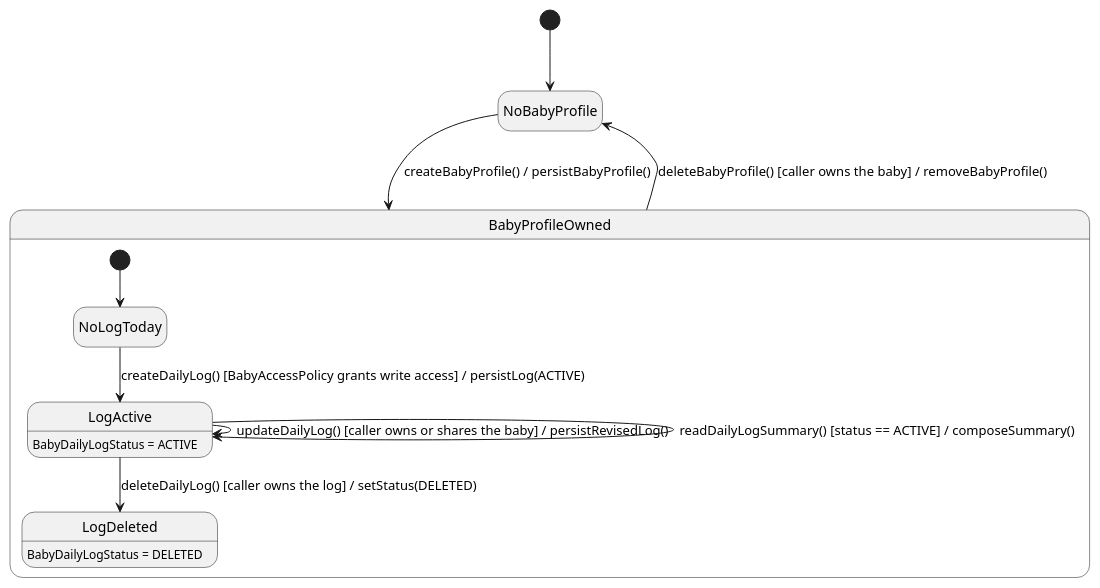
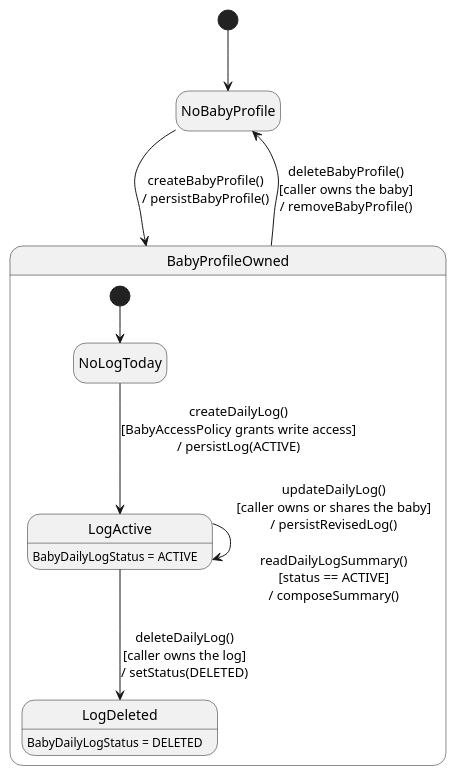
Before and after one commit to ChuongBDHE172784/CareBridge_SEP490_G79: the third of 3 diagrams in 03_Design/Detailed_Design/MF03_Baby_Care_Journey_Growth_Vaccination/01_Baby_Profile_Daily_Care_and_Summary.md, drawn with PlantUML. The commit also changed 61 other files, not shown here.

Commit message:
docs: update detailed design documentation and state chart diagrams across all feature modules

````diff
--- a/03_Design/Detailed_Design/MF03_Baby_Care_Journey_Growth_Vaccination/01_Baby_Profile_Daily_Care_and_Summary.md
+++ b/03_Design/Detailed_Design/MF03_Baby_Care_Journey_Growth_Vaccination/01_Baby_Profile_Daily_Care_and_Summary.md
@@ -289,20 +289,19 @@
 ```plantuml
 @startuml StateChartDiagram_01BabyProfileDailyCareandSummary
 hide empty description
 [*] --> NoBabyProfile
 
-NoBabyProfile --> BabyProfileOwned : createBabyProfile() / persistBabyProfile()
-BabyProfileOwned --> NoBabyProfile : deleteBabyProfile() [caller owns the baby] / removeBabyProfile()
+NoBabyProfile --> BabyProfileOwned : createBabyProfile()\n/ persistBabyProfile()
+BabyProfileOwned --> NoBabyProfile : deleteBabyProfile()\n[caller owns the baby]\n/ removeBabyProfile()
 
 state BabyProfileOwned {
   [*] --> NoLogToday
-  NoLogToday --> LogActive : createDailyLog() [BabyAccessPolicy grants write access] / persistLog(ACTIVE)
-  LogActive --> LogActive : updateDailyLog() [caller owns or shares the baby] / persistRevisedLog()
-  LogActive --> LogDeleted : deleteDailyLog() [caller owns the log] / setStatus(DELETED)
-  LogActive --> LogActive : readDailyLogSummary() [status == ACTIVE] / composeSummary()
+  NoLogToday --> LogActive : createDailyLog()\n[BabyAccessPolicy grants write access]\n/ persistLog(ACTIVE)
+  LogActive --> LogActive : updateDailyLog()\n[caller owns or shares the baby]\n/ persistRevisedLog()\n\nreadDailyLogSummary()\n[status == ACTIVE]\n/ composeSummary()
+  LogActive --> LogDeleted : deleteDailyLog()\n[caller owns the log]\n/ setStatus(DELETED)
 }
 
 LogActive : BabyDailyLogStatus = ACTIVE
 LogDeleted : BabyDailyLogStatus = DELETED
 @enduml
 ```
````
